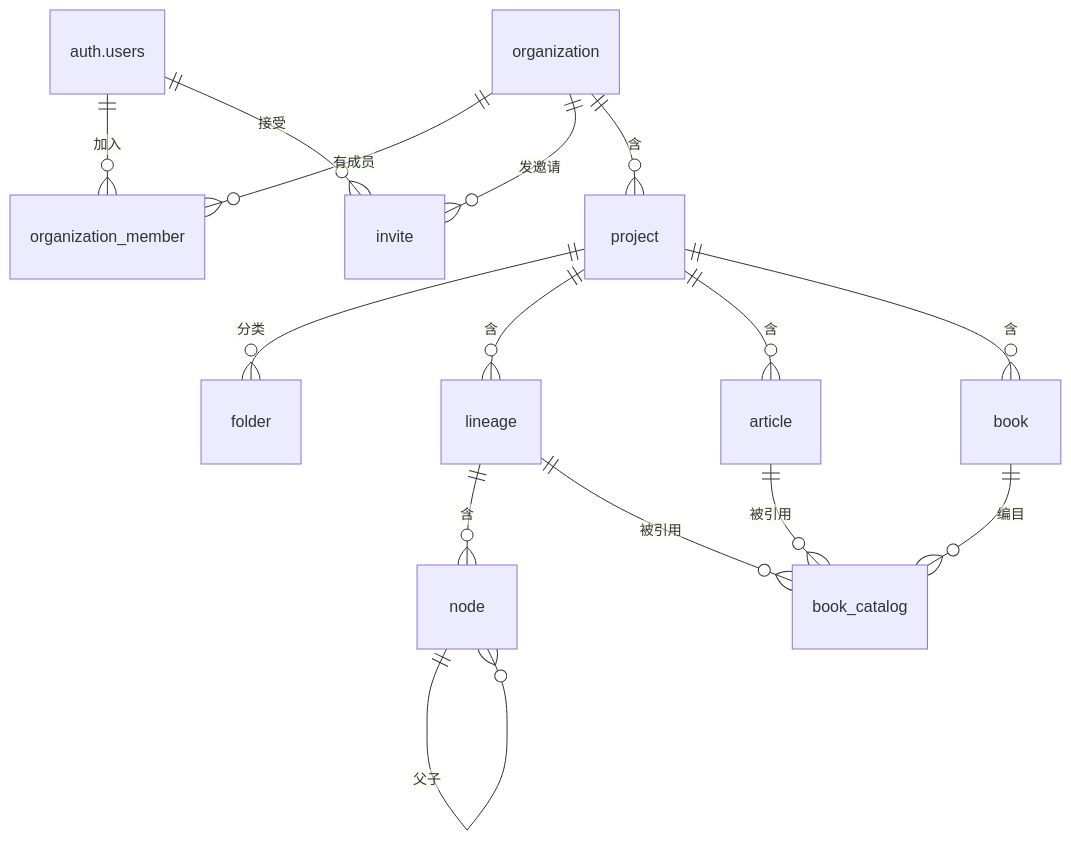
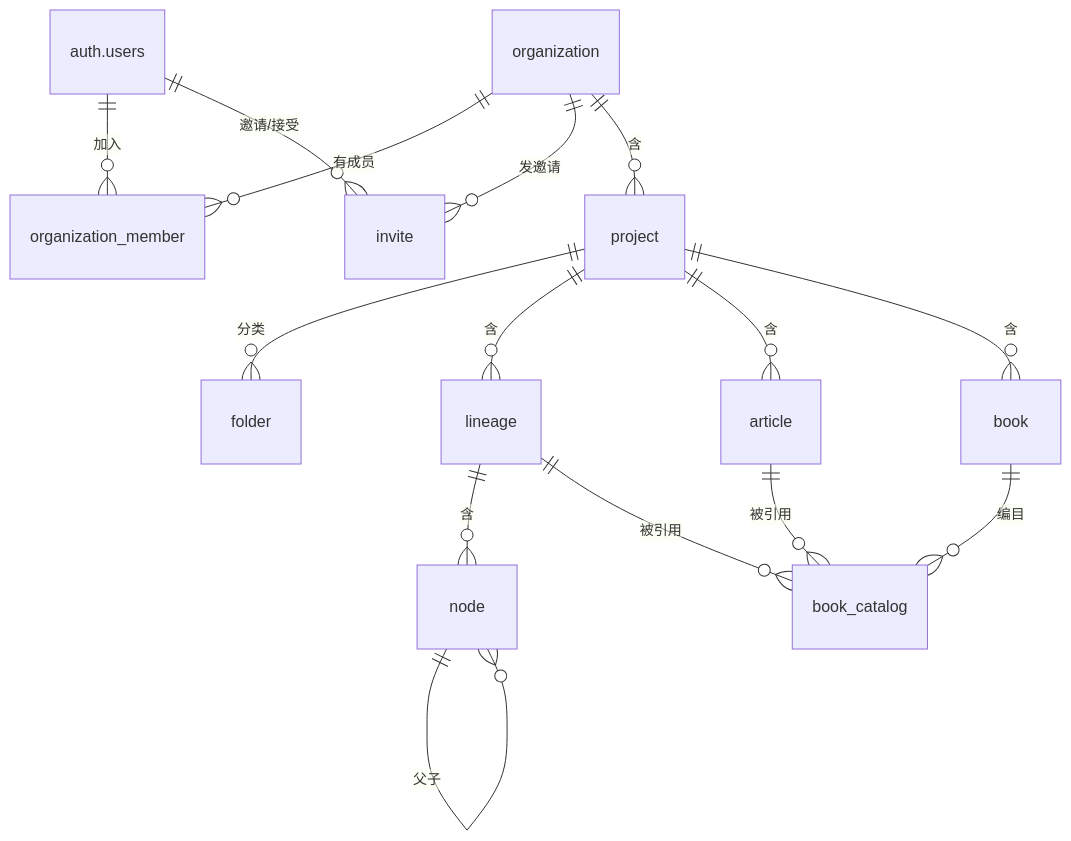
One commit to bobo522487/gramps changed the diagram in docs/data-model.md. Above: the diagram before and after it, drawn with Mermaid. The commit also changed other lines of this file and 20 other files, not shown here.

````diff
--- a/docs/data-model.md
+++ b/docs/data-model.md
@@ -75,17 +75,17 @@
 ```mermaid
 erDiagram
     auth.users ||--o{ organization_member : "加入"
-    auth.users ||--o{ invite : "接受"
+    auth.users ||--o{ invite : "邀请/接受"
     organization ||--o{ organization_member : "有成员"
     organization ||--o{ invite : "发邀请"
     organization ||--o{ project : "含"
     project ||--o{ folder : "分类"
     project ||--o{ lineage : "含"
     project ||--o{ article : "含"
     project ||--o{ book : "含"
     lineage ||--o{ node : "含"
     node ||--o{ node : "父子"
     book ||--o{ book_catalog : "编目"
     article ||--o{ book_catalog : "被引用"
     lineage ||--o{ book_catalog : "被引用"
 ```
````
